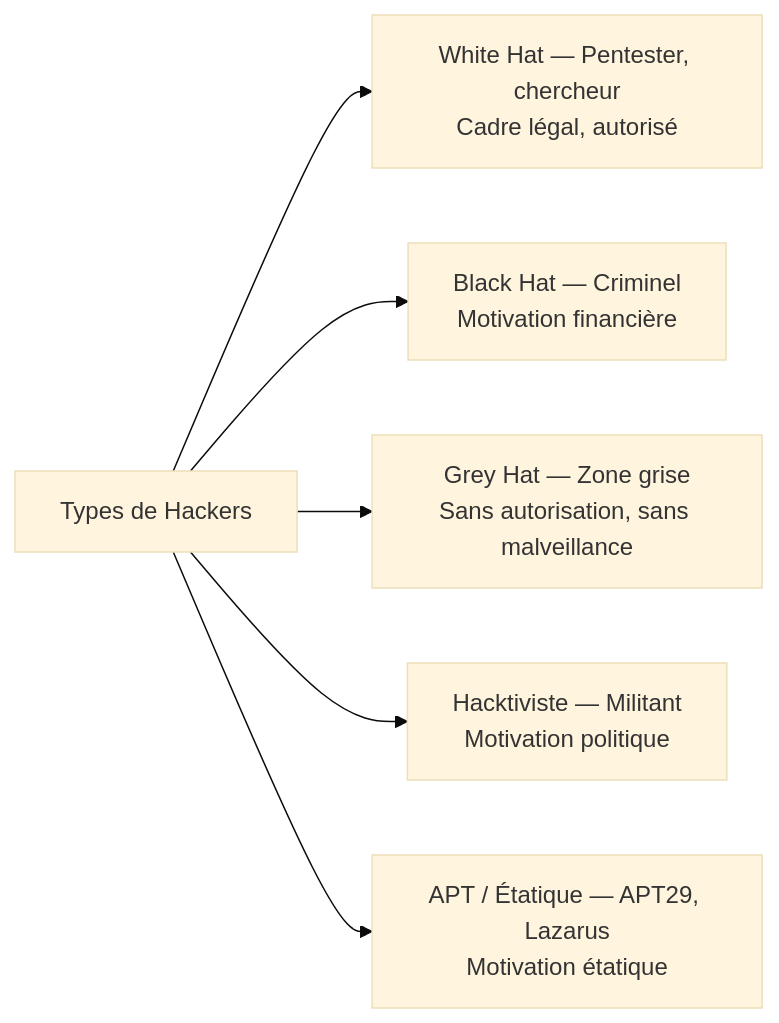
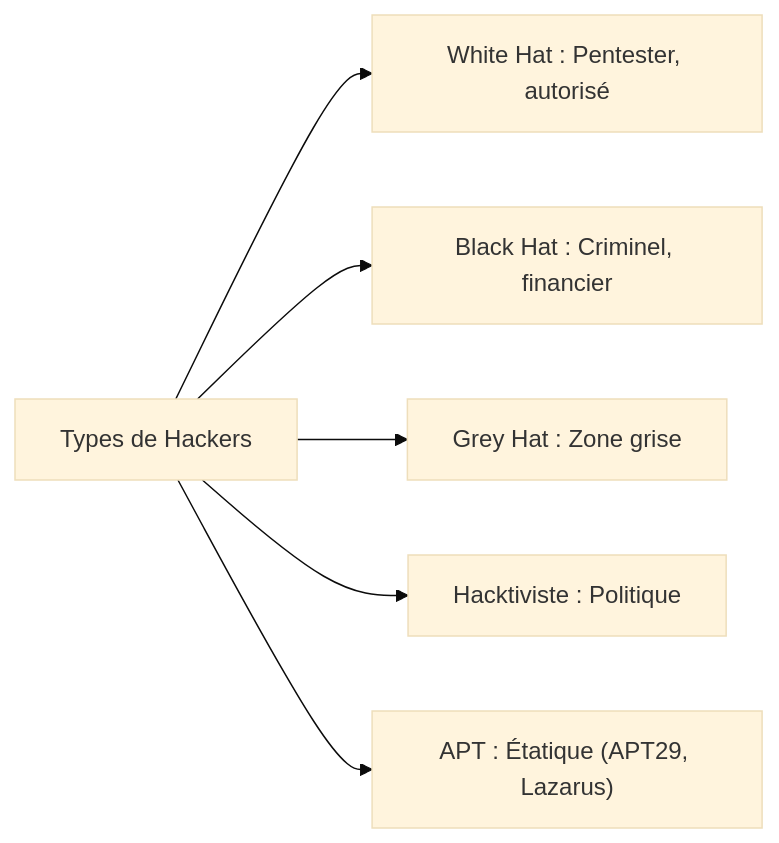
The third of 4 diagrams in JOUR-01.md (yugmerabtene/techniques-de-hacking-niveau-1), drawn with Mermaid (base theme) before and after one commit. The commit also changed other lines of this file and 12 other files, not shown here.

````diff
--- a/JOUR-01.md
+++ b/JOUR-01.md
@@ -270,8 +153,8 @@
 ```mermaid
 flowchart LR
-    A["Types de Hackers"] --> B["White Hat — Pentester, chercheur<br/>Cadre légal, autorisé"]
-    A --> C["Black Hat — Criminel<br/>Motivation financière"]
-    A --> D["Grey Hat — Zone grise<br/>Sans autorisation, sans malveillance"]
-    A --> E["Hacktiviste — Militant<br/>Motivation politique"]
-    A --> F["APT / Étatique — APT29, Lazarus<br/>Motivation étatique"]
+    A["Types de Hackers"] --> B["White Hat : Pentester, autorisé"]
+    A --> C["Black Hat : Criminel, financier"]
+    A --> D["Grey Hat : Zone grise"]
+    A --> E["Hacktiviste : Politique"]
+    A --> F["APT : Étatique (APT29, Lazarus)"]
 ```
````
